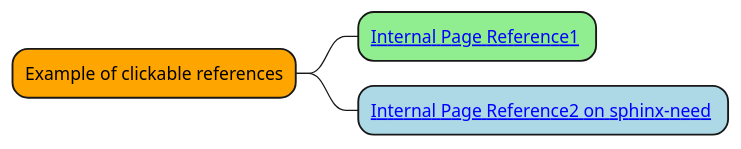
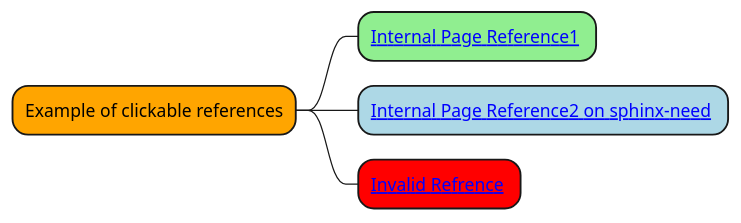
The diagram in source/test/textx/testz/test-plantuml3.rst (mi-parkes/sphinx-diagram-connect), drawn with PlantUML before and after one commit. The commit also changed 9 other files, not shown here.

```diff
--- a/source/test/textx/testz/test-plantuml3.rst
+++ b/source/test/textx/testz/test-plantuml3.rst
@@ -16,11 +16,12 @@
 .. uml::
     :caption: PlantUML Caption with **bold** and *italic*
     :name: PlantUML Label2
 
     @startmindmap mindmap2
 
     *[#Orange] Example of clickable references
     **[#lightgreen] [[ ":ref:`plantuml label1`" Internal Page Reference1 ]]
     **[#lightblue] [[ ":ref:`N_00001`" Internal Page Reference2 on sphinx-need ]]
+    **[#red] [[ ":ref:`N_00003`" Invalid Refrence ]]
 
     @endmindmap
```
